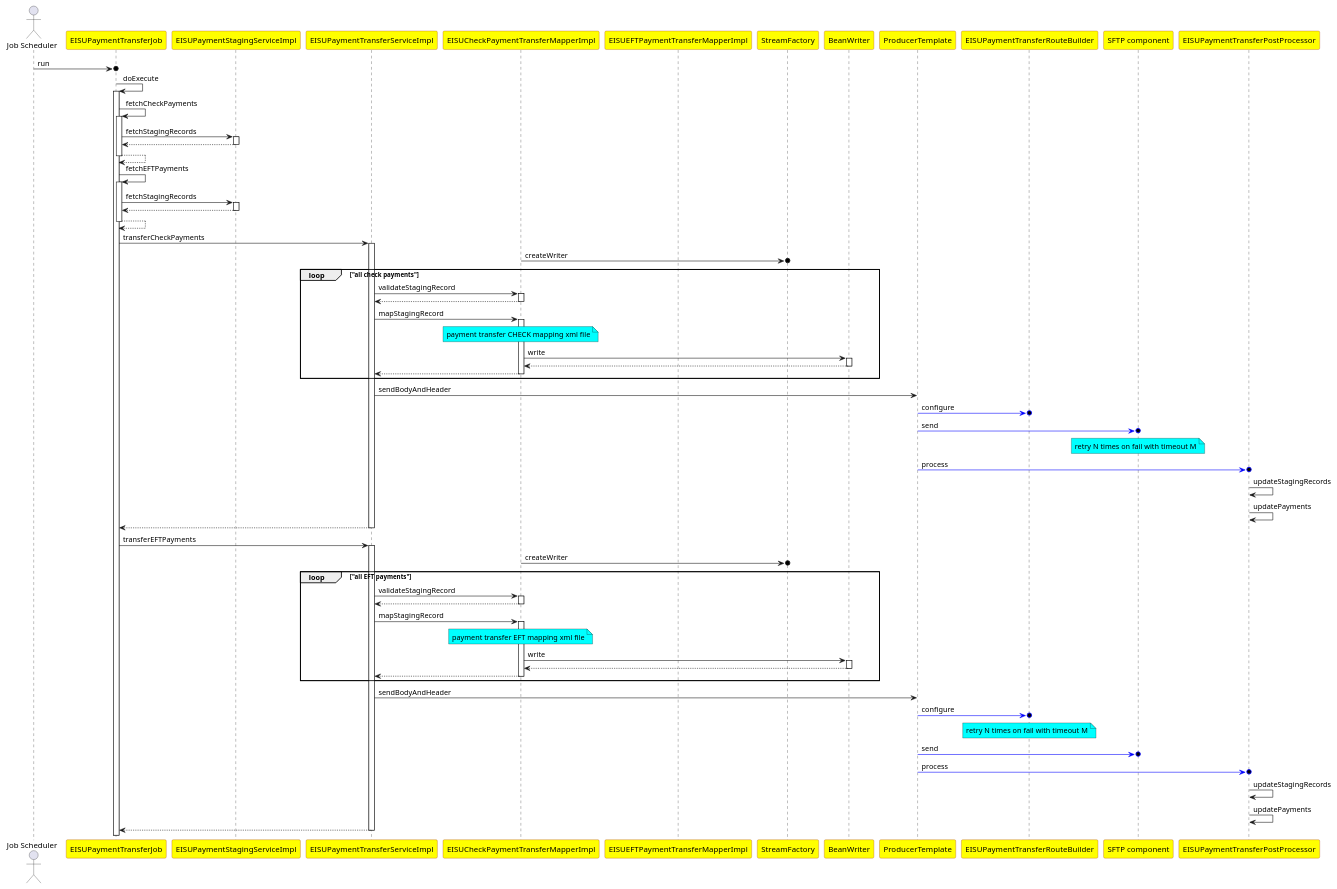
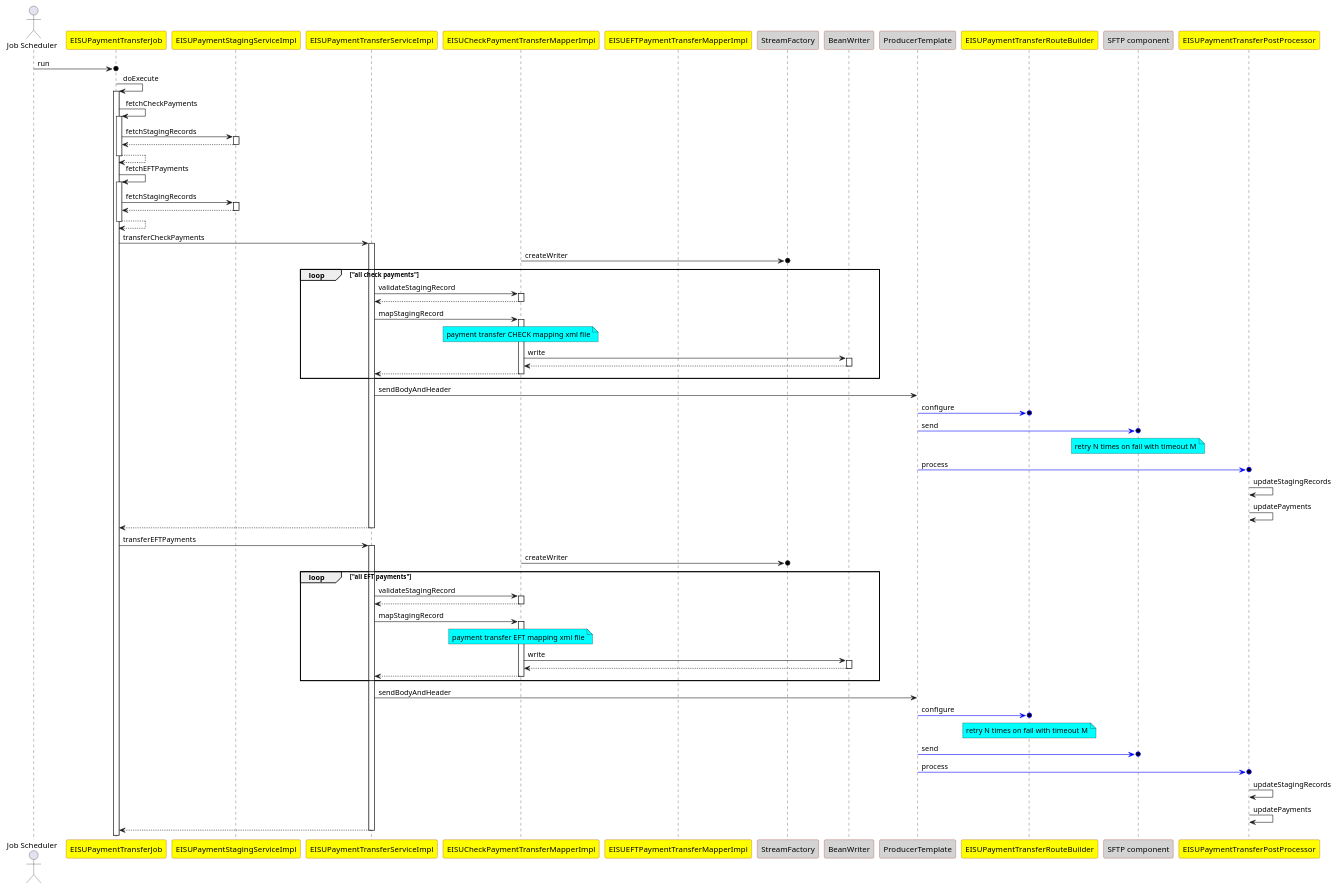
The diagram in payment-transfer-sequence.puml (evgueni-spb/bootcamp), drawn with PlantUML before and after one commit. The commit also changed 6 other files, not shown here.

Commit message:
updated diagrams

```diff
--- a/payment-transfer-sequence.puml
+++ b/payment-transfer-sequence.puml
@@ -1,77 +1,77 @@
 @startuml
 skinparam  participant {
   BackgroundColor yellow
   BorderColor brown
 }
 
 actor "Job Scheduler"
 participant EISUPaymentTransferJob
 participant EISUPaymentStagingServiceImpl
 participant EISUPaymentTransferServiceImpl
 participant EISUCheckPaymentTransferMapperImpl
 participant EISUEFTPaymentTransferMapperImpl
-participant StreamFactory
-participant BeanWriter
-participant ProducerTemplate
+participant StreamFactory #lightgray
+participant BeanWriter #lightgray
+participant ProducerTemplate #lightgray
 participant EISUPaymentTransferRouteBuilder
-participant "SFTP component"
+participant "SFTP component" #lightgray
 participant EISUPaymentTransferPostProcessor
 
 
 
 "Job Scheduler" ->o EISUPaymentTransferJob : run
 EISUPaymentTransferJob -> EISUPaymentTransferJob ++: doExecute
 EISUPaymentTransferJob -> EISUPaymentTransferJob ++ : fetchCheckPayments
 EISUPaymentTransferJob -> EISUPaymentStagingServiceImpl ++ : fetchStagingRecords
 return
 return
 
 EISUPaymentTransferJob -> EISUPaymentTransferJob ++ : fetchEFTPayments
 EISUPaymentTransferJob -> EISUPaymentStagingServiceImpl ++: fetchStagingRecords
 return
 return
 
 EISUPaymentTransferJob -> EISUPaymentTransferServiceImpl ++ : transferCheckPayments
 EISUCheckPaymentTransferMapperImpl ->o StreamFactory :createWriter
 loop "all check payments"
 EISUPaymentTransferServiceImpl -> EISUCheckPaymentTransferMapperImpl ++ :validateStagingRecord
 return
 EISUPaymentTransferServiceImpl -> EISUCheckPaymentTransferMapperImpl ++ :mapStagingRecord
 note over EISUCheckPaymentTransferMapperImpl #aqua :payment transfer CHECK mapping xml file
 EISUCheckPaymentTransferMapperImpl -> BeanWriter ++ :write
 return
 
 return
 end
 EISUPaymentTransferServiceImpl -> ProducerTemplate : sendBodyAndHeader
 ProducerTemplate -[#blue]>o EISUPaymentTransferRouteBuilder:configure
 ProducerTemplate -[#blue]>o "SFTP component":send
 note over "SFTP component" #aqua : retry N times on fail with timeout M
 ProducerTemplate -[#blue]>o EISUPaymentTransferPostProcessor:process
 EISUPaymentTransferPostProcessor -> EISUPaymentTransferPostProcessor:updateStagingRecords
 EISUPaymentTransferPostProcessor -> EISUPaymentTransferPostProcessor:updatePayments
 return
 
 EISUPaymentTransferJob -> EISUPaymentTransferServiceImpl ++ : transferEFTPayments
 EISUCheckPaymentTransferMapperImpl ->o StreamFactory :createWriter
 loop "all EFT payments"
 EISUPaymentTransferServiceImpl -> EISUCheckPaymentTransferMapperImpl ++ :validateStagingRecord
 return
 EISUPaymentTransferServiceImpl -> EISUCheckPaymentTransferMapperImpl ++ :mapStagingRecord
 note over EISUCheckPaymentTransferMapperImpl #aqua :payment transfer EFT mapping xml file
 EISUCheckPaymentTransferMapperImpl -> BeanWriter ++ :write
 return
 
 return
 end
 EISUPaymentTransferServiceImpl -> ProducerTemplate : sendBodyAndHeader
 ProducerTemplate -[#blue]>o EISUPaymentTransferRouteBuilder:configure
 note over EISUPaymentTransferRouteBuilder #aqua : retry N times on fail with timeout M
 ProducerTemplate -[#blue]>o "SFTP component":send
 ProducerTemplate -[#blue]>o EISUPaymentTransferPostProcessor:process
 EISUPaymentTransferPostProcessor -> EISUPaymentTransferPostProcessor:updateStagingRecords
 EISUPaymentTransferPostProcessor -> EISUPaymentTransferPostProcessor:updatePayments
 return
 
 
 @enduml
```
